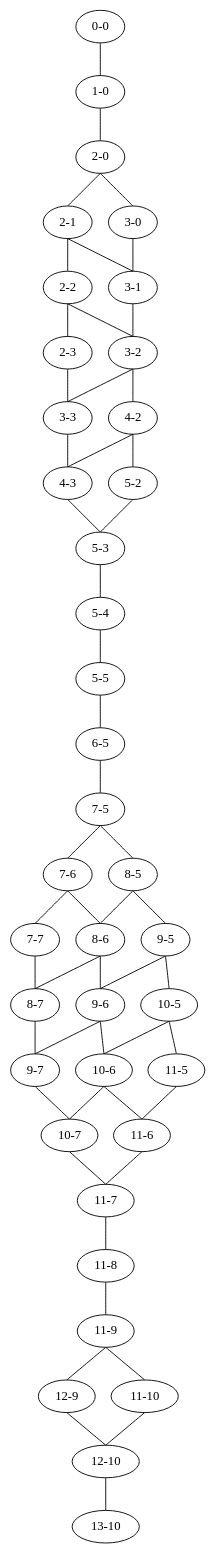
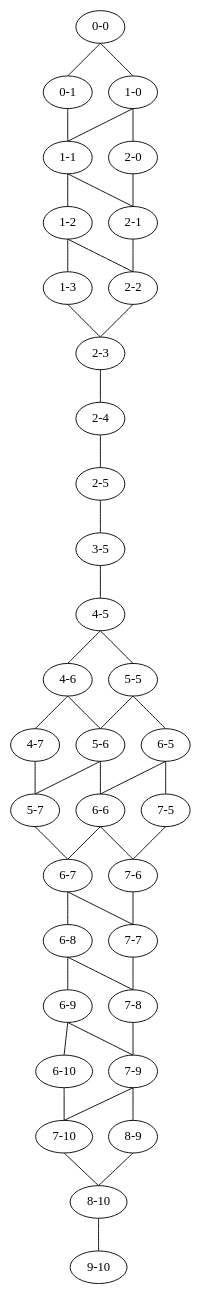
Before and after one commit to robzenn92/distributedAlgorithms: the diagram in out/lattice.dot, drawn with Graphviz. The commit also changed 12 other files, not shown here.

```diff
--- a/out/lattice.dot
+++ b/out/lattice.dot
@@ -1,130 +1,114 @@
 digraph item_set {
 
 // set edge attribute
 edge [dir = none tailport = "s" headport = "n"]
 splines=false
 
 // the 1o layer
 0 [label = "0-0"];
 
 // the 2o layer
+1 [label = "0-1"];
 10 [label = "1-0"];
 
 // the 3o layer
+11 [label = "1-1"];
 20 [label = "2-0"];
 
 // the 4o layer
+12 [label = "1-2"];
 21 [label = "2-1"];
-30 [label = "3-0"];
 
 // the 5o layer
+13 [label = "1-3"];
 22 [label = "2-2"];
-31 [label = "3-1"];
 
 // the 6o layer
 23 [label = "2-3"];
-32 [label = "3-2"];
 
 // the 7o layer
-33 [label = "3-3"];
-42 [label = "4-2"];
+24 [label = "2-4"];
 
 // the 8o layer
-43 [label = "4-3"];
-52 [label = "5-2"];
+25 [label = "2-5"];
 
 // the 9o layer
-53 [label = "5-3"];
+35 [label = "3-5"];
 
 // the 10o layer
-54 [label = "5-4"];
+45 [label = "4-5"];
 
 // the 11o layer
+46 [label = "4-6"];
 55 [label = "5-5"];
 
 // the 12o layer
+47 [label = "4-7"];
+56 [label = "5-6"];
 65 [label = "6-5"];
 
 // the 13o layer
+57 [label = "5-7"];
+66 [label = "6-6"];
 75 [label = "7-5"];
 
 // the 14o layer
+67 [label = "6-7"];
 76 [label = "7-6"];
-85 [label = "8-5"];
 
 // the 15o layer
+68 [label = "6-8"];
 77 [label = "7-7"];
-86 [label = "8-6"];
-95 [label = "9-5"];
 
 // the 16o layer
-87 [label = "8-7"];
-96 [label = "9-6"];
-105 [label = "10-5"];
+69 [label = "6-9"];
+78 [label = "7-8"];
 
 // the 17o layer
-97 [label = "9-7"];
-106 [label = "10-6"];
-115 [label = "11-5"];
+79 [label = "7-9"];
+610 [label = "6-10"];
 
 // the 18o layer
-107 [label = "10-7"];
-116 [label = "11-6"];
+89 [label = "8-9"];
+710 [label = "7-10"];
 
 // the 19o layer
-117 [label = "11-7"];
+810 [label = "8-10"];
 
 // the 20o layer
-118 [label = "11-8"];
+910 [label = "9-10"];
 
-// the 21o layer
-119 [label = "11-9"];
-
-// the 22o layer
-129 [label = "12-9"];
-1110 [label = "11-10"];
-
-// the 23o layer
-1210 [label = "12-10"];
-
-// the 24o layer
-1310 [label = "13-10"];
-
-0 -> {10}
-10 -> {20}
-20 -> {30,21}
-21 -> {31,22}
-22 -> {32,23}
-23 -> {33}
-30 -> {31}
-31 -> {32}
-32 -> {42,33}
-33 -> {43}
-42 -> {52,43}
-43 -> {53}
-52 -> {53}
-53 -> {54}
-54 -> {55}
-55 -> {65}
-65 -> {75}
-75 -> {85,76}
-76 -> {86,77}
-77 -> {87}
-85 -> {95,86}
-86 -> {96,87}
-87 -> {97}
-95 -> {105,96}
-96 -> {106,97}
-97 -> {107}
-105 -> {115,106}
-106 -> {116,107}
-107 -> {117}
-115 -> {116}
-116 -> {117}
-117 -> {118}
-118 -> {119}
-119 -> {129,1110}
-129 -> {1210}
-1110 -> {1210}
-1210 -> {1310}
+0 -> {10,1}
+1 -> {11}
+10 -> {20,11}
+11 -> {21,12}
+12 -> {22,13}
+13 -> {23}
+20 -> {21}
+21 -> {22}
+22 -> {23}
+23 -> {24}
+24 -> {25}
+25 -> {35}
+35 -> {45}
+45 -> {55,46}
+46 -> {56,47}
+47 -> {57}
+55 -> {65,56}
+56 -> {66,57}
+57 -> {67}
+65 -> {75,66}
+66 -> {76,67}
+67 -> {77,68}
+68 -> {78,69}
+69 -> {79,610}
+75 -> {76}
+76 -> {77}
+77 -> {78}
+78 -> {79}
+79 -> {89,710}
+89 -> {810}
+610 -> {710}
+710 -> {810}
+810 -> {910}
 }
```
